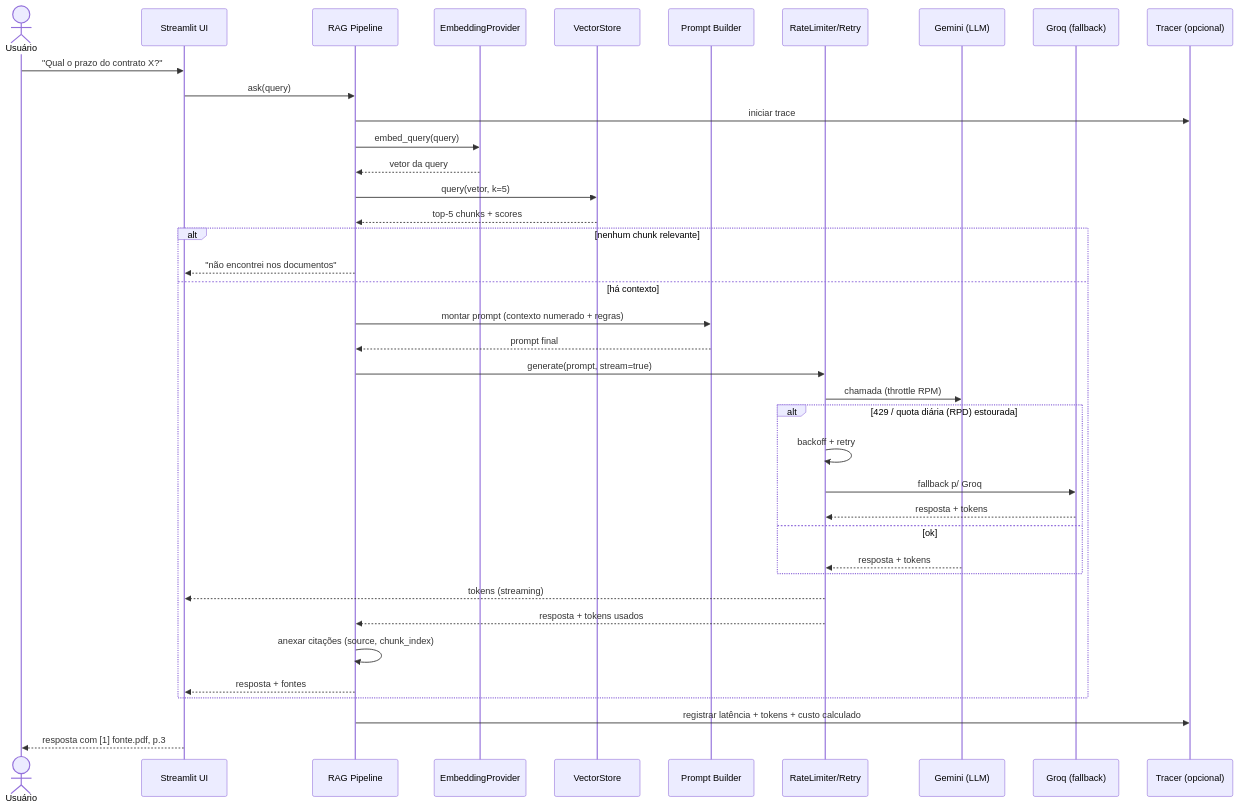
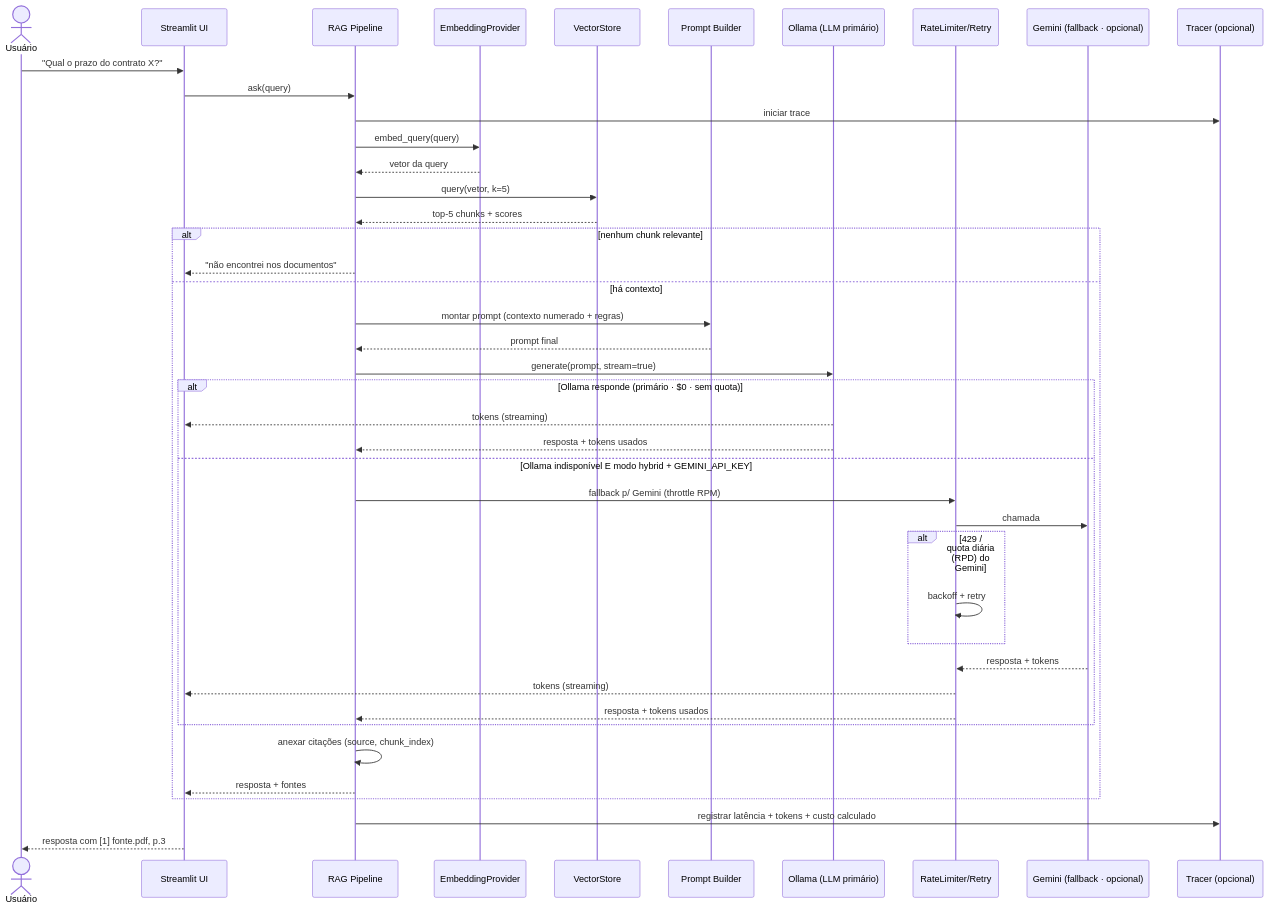
One commit to mathfrancisco/Personal-RAG-Assistant changed the fourth of 11 diagrams in docs/DIAGRAMS.md. Above: the diagram before and after it, drawn with Mermaid. The commit also changed other lines of this file and 26 other files, not shown here.

First line of the commit message:
feat(phase-0): scaffold + local-first strategy (Ollama primary, Gemini fallback)

````diff
--- a/docs/DIAGRAMS.md
+++ b/docs/DIAGRAMS.md
@@ -149,42 +145,45 @@
 ```mermaid
 sequenceDiagram
     actor U as Usuário
     participant UI as Streamlit UI
     participant P as RAG Pipeline
     participant E as EmbeddingProvider
     participant VS as VectorStore
     participant PR as Prompt Builder
+    participant O as Ollama (LLM primário)
     participant RL as RateLimiter/Retry
-    participant G as Gemini (LLM)
-    participant Q as Groq (fallback)
+    participant G as Gemini (fallback · opcional)
     participant T as Tracer (opcional)
 
     U->>UI: "Qual o prazo do contrato X?"
     UI->>P: ask(query)
     P->>T: iniciar trace
     P->>E: embed_query(query)
     E-->>P: vetor da query
     P->>VS: query(vetor, k=5)
     VS-->>P: top-5 chunks + scores
     alt nenhum chunk relevante
         P-->>UI: "não encontrei nos documentos"
     else há contexto
         P->>PR: montar prompt (contexto numerado + regras)
         PR-->>P: prompt final
-        P->>RL: generate(prompt, stream=true)
-        RL->>G: chamada (throttle RPM)
-        alt 429 / quota diária (RPD) estourada
-            RL->>RL: backoff + retry
-            RL->>Q: fallback p/ Groq
-            Q-->>RL: resposta + tokens
-        else ok
+        P->>O: generate(prompt, stream=true)
+        alt Ollama responde (primário · $0 · sem quota)
+            O-->>UI: tokens (streaming)
+            O-->>P: resposta + tokens usados
+        else Ollama indisponível E modo hybrid + GEMINI_API_KEY
+            P->>RL: fallback p/ Gemini (throttle RPM)
+            RL->>G: chamada
+            alt 429 / quota diária (RPD) do Gemini
+                RL->>RL: backoff + retry
+            end
             G-->>RL: resposta + tokens
+            RL-->>UI: tokens (streaming)
+            RL-->>P: resposta + tokens usados
         end
-        RL-->>UI: tokens (streaming)
-        RL-->>P: resposta + tokens usados
         P->>P: anexar citações (source, chunk_index)
         P-->>UI: resposta + fontes
     end
     P->>T: registrar latência + tokens + custo calculado
     UI-->>U: resposta com [1] fonte.pdf, p.3
 ```
````
